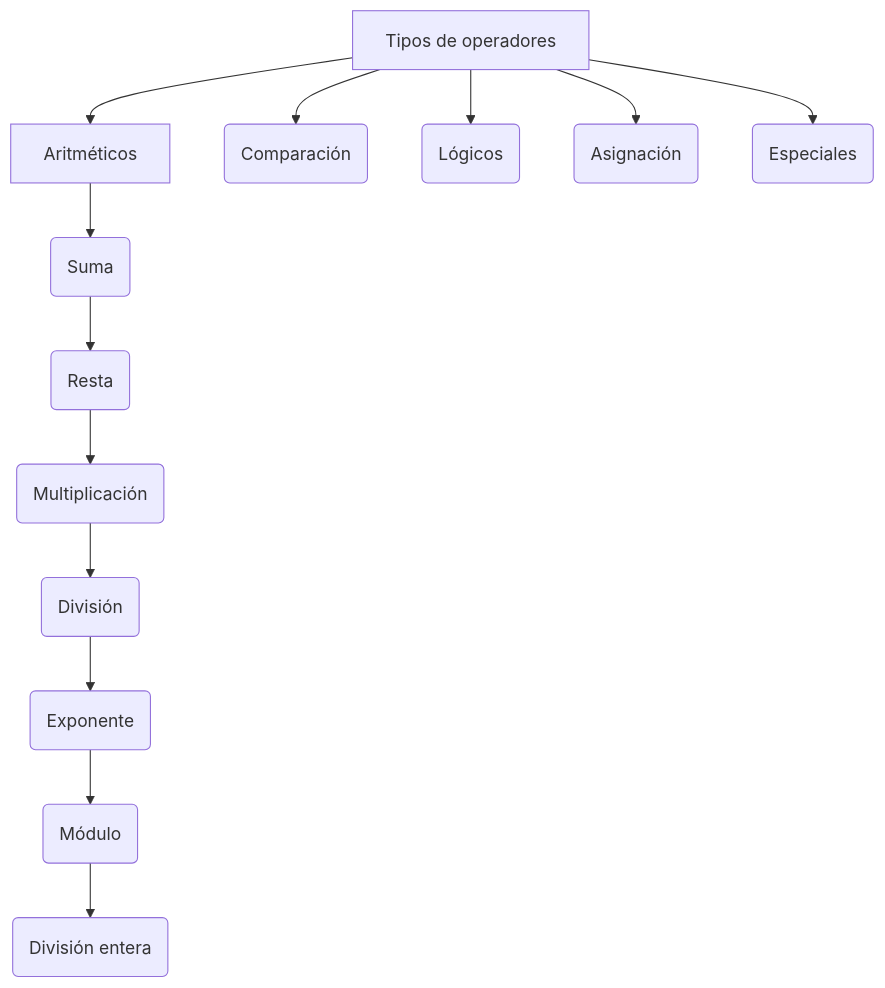
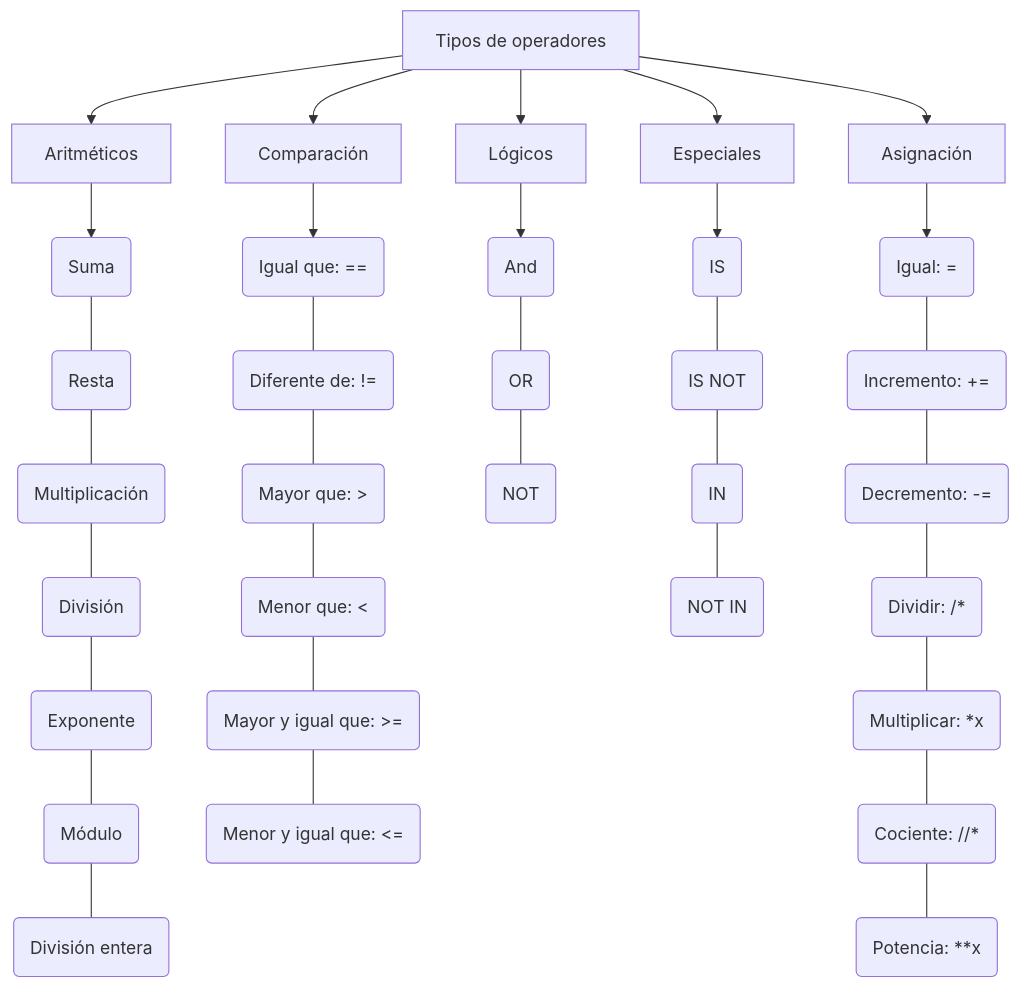
Before and after one commit to nadiaa147/RepositorioBase: the second of 2 diagrams in python/README.md, drawn with Mermaid. The commit also changed other lines of this file, not shown here.

Commit message:
tipos de operadores ultimo commit

````diff
--- a/python/README.md
+++ b/python/README.md
@@ -58,15 +58,35 @@
 ```mermaid
 flowchart TD
     A[Tipos de operadores] --> B(Aritméticos)
     A[Tipos de operadores] --> C(Comparación)
     A[Tipos de operadores] --> D(Lógicos)
     A[Tipos de operadores] --> E(Asignación)
     A[Tipos de operadores] --> F(Especiales)
     B[Aritméticos] --> G(Suma)
-    G(Suma) --> H(Resta)
-    H(Resta) --> I(Multiplicación)
-    I(Multiplicación) --> J(División)
-    J(División) --> K(Exponente)
-    K(Exponente) --> L(Módulo)
-    L(Módulo) --> M(División entera)
+    G(Suma) --- H(Resta)
+    H(Resta) --- I(Multiplicación)
+    I(Multiplicación) --- J(División)
+    J(División) --- K(Exponente)
+    K(Exponente) --- L(Módulo)
+    L(Módulo) --- M(División entera)
+    C[Comparación] --> N(Igual que: ==)
+    N(Igual que: ==) --- O(Diferente de: !=)
+    O(Diferente de: !=) --- P(Mayor que: >)
+    P(Mayor que: >) --- Q(Menor que: <)
+    Q(Menor que: <) --- R(Mayor y igual que: >=)
+    R(Mayor y igual que: >=) --- S(Menor y igual que: <=)
+    D[Lógicos] --> T(AND)
+    T(And) --- U(OR)
+    U(OR) --- V(NOT)
+    F[Especiales] --> W(IS)
+    W(IS) --- X(IS NOT)
+    X(IS NOT) --- Y(IN)
+    Y(IN) --- Z(NOT IN)
+    E[Asignación] -->  AA(Igual: =)
+    AA(Igual: =) --- AB(Incremento: +=)
+    AB(Incremento: +=) --- AC(Decremento: -=)
+    AC(Decremento: -=) --- AD(Dividir: /*)
+    AD(Dividir: /*) --- AE(Multiplicar: *x)
+    AE(Multiplicar: *x) --- AF(Cociente: //*)
+    AF(Cociente: //*) --- AG(Potencia: **x)
 ```
````
